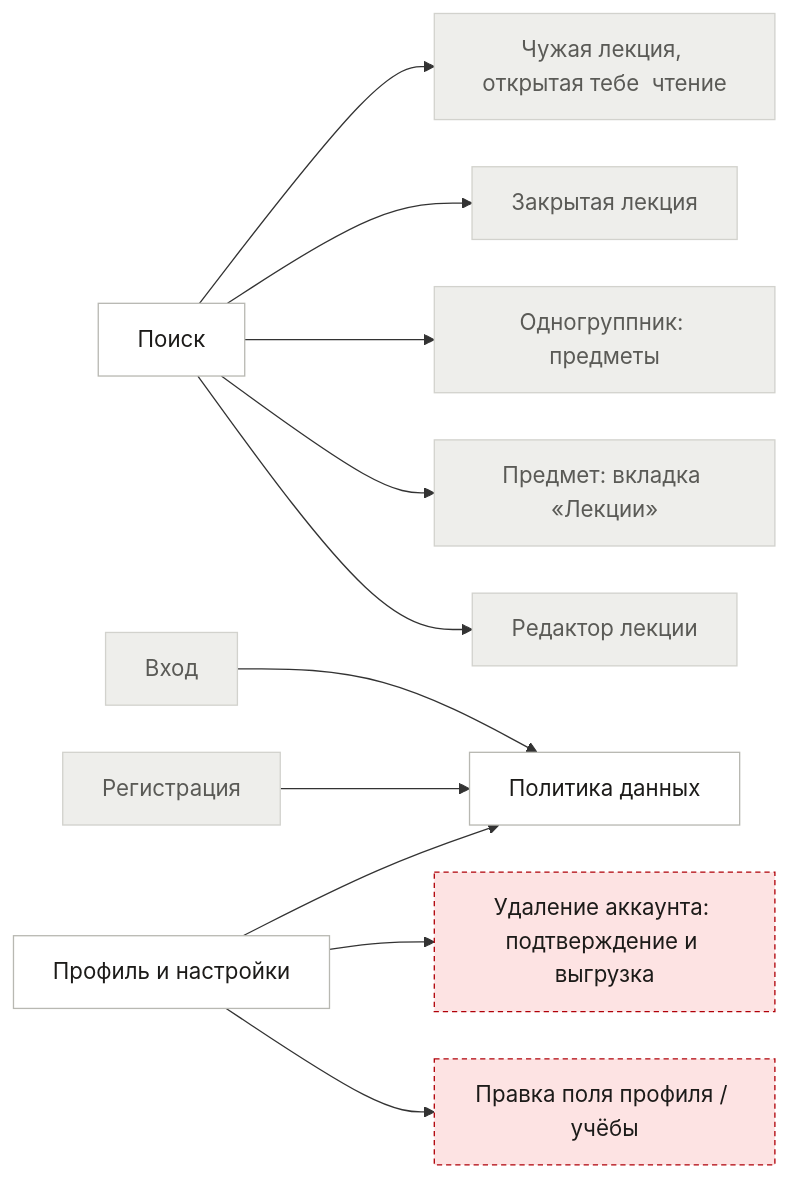
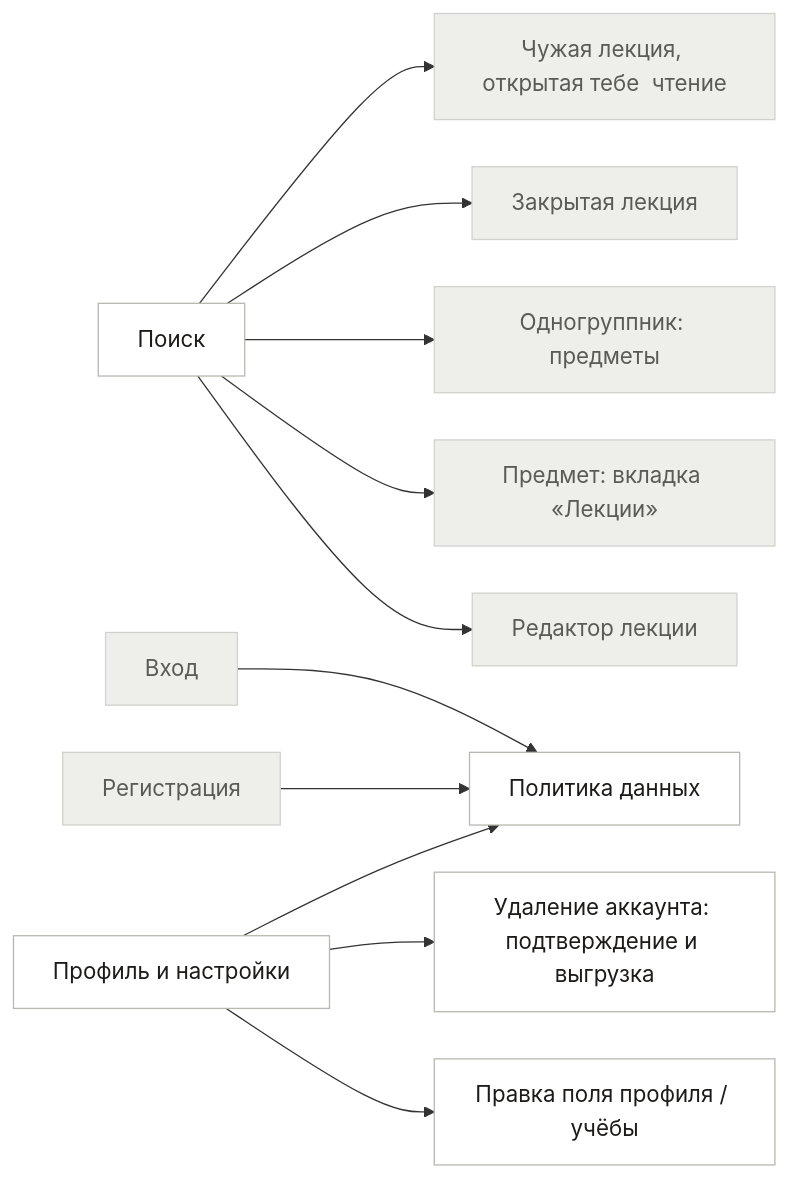
Before and after one commit to misha-quartzevsky/cohorta: the third of 6 diagrams in docs/design/ia/userflow.md, drawn with Mermaid. The commit also changed other lines of this file and 19 other files, not shown here.

````diff
--- a/docs/design/ia/userflow.md
+++ b/docs/design/ia/userflow.md
@@ -220,42 +214,42 @@
 ```mermaid
 %%{init:{"themeVariables":{"fontSize":"17px"},"flowchart":{"nodeSpacing":36,"rankSpacing":80,"curve":"basis"}}}%%
 flowchart LR
   search["Поиск"]
   settings["Профиль и настройки"]
   settings_edit["Правка поля профиля / учёбы"]
   account_delete["Удаление аккаунта: подтверждение и выгрузка"]
   policy["Политика данных"]
   editor["Редактор лекции"]
   g_closed["Закрытая лекция"]
   g_member["Одногруппник: предметы"]
   g_read["Чужая лекция, открытая тебе  чтение "]
   login["Вход"]
   register["Регистрация"]
   subject["Предмет: вкладка «Лекции»"]
   login --> policy
   register --> policy
   search --> editor
   search --> subject
   search --> g_member
   search --> g_closed
   search --> g_read
   settings --> settings_edit
   settings --> policy
   settings --> account_delete
   classDef ok fill:#FFFFFF,stroke:#B8B8B2,color:#1C1B19
   classDef no fill:#FDE3E3,stroke:#B00008,stroke-dasharray:4 3,color:#1C1B19
   classDef ex fill:#EEEEEB,stroke:#D2D2CD,color:#5A5A56
   classDef vi fill:#FDEBDB,stroke:#E86800,color:#1C1B19
   class search ok
   class settings ok
-  class settings_edit no
-  class account_delete no
+  class settings_edit ok
+  class account_delete ok
   class policy ok
   class editor ex
   class g_closed ex
   class g_member ex
   class g_read ex
   class login ex
   class register ex
   class subject ex
 ```
````
